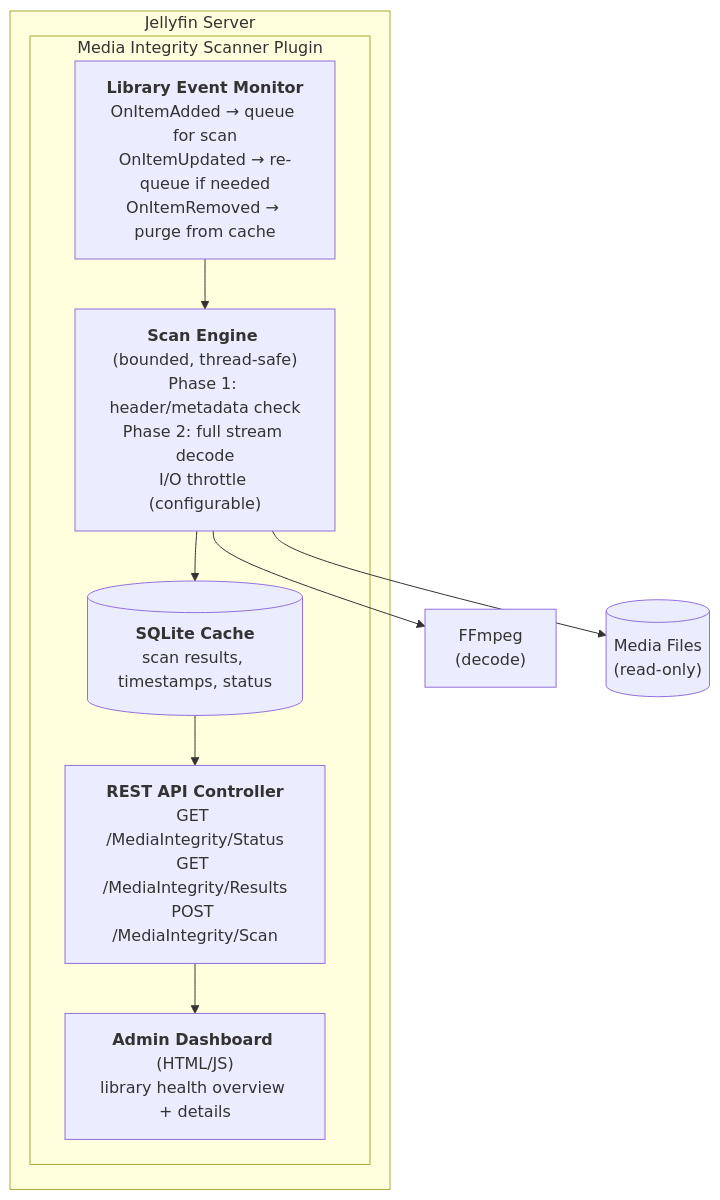
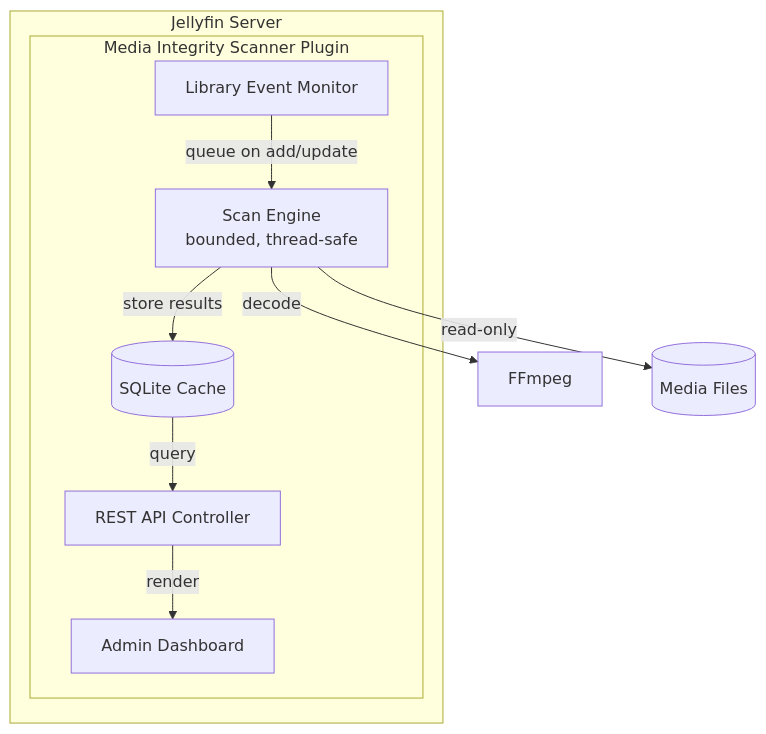
The diagram in _posts/2026-08-03-jellyfin-media-integrity-scanner-introduction.md (mcgarrah/mcgarrah.github.io), drawn with Mermaid before and after one commit.

Commit message:
fix: stop mermaid node text overflowing its box in the intro article
Bold HTML tags inside flowchart node labels are a known Mermaid trigger
for the box being sized from the label's pre-bold bounding box, so the
rendered bold text overflows it regardless of viewport width. Drop the
<b> tags, cut each node back to a short one-line label, and move the
prior sub-bullet detail (event names, scan phases, endpoints) onto the
edges instead — that level of detail already gets covered in depth by
articles 3 and 4.

````diff
--- a/_posts/2026-08-03-jellyfin-media-integrity-scanner-introduction.md
+++ b/_posts/2026-08-03-jellyfin-media-integrity-scanner-introduction.md
@@ -97,20 +97,20 @@
 ```mermaid
 flowchart TD
     subgraph JF["Jellyfin Server"]
         subgraph Plugin["Media Integrity Scanner Plugin"]
-            LEM["<b>Library Event Monitor</b><br/>OnItemAdded → queue for scan<br/>OnItemUpdated → re-queue if needed<br/>OnItemRemoved → purge from cache"]
-            SE["<b>Scan Engine</b> (bounded, thread-safe)<br/>Phase 1: header/metadata check<br/>Phase 2: full stream decode<br/>I/O throttle (configurable)"]
-            DB[("<b>SQLite Cache</b><br/>scan results, timestamps, status")]
-            API["<b>REST API Controller</b><br/>GET /MediaIntegrity/Status<br/>GET /MediaIntegrity/Results<br/>POST /MediaIntegrity/Scan"]
-            UI["<b>Admin Dashboard</b> (HTML/JS)<br/>library health overview + details"]
+            LEM["Library Event Monitor"]
+            SE["Scan Engine<br/>bounded, thread-safe"]
+            DB[("SQLite Cache")]
+            API["REST API Controller"]
+            UI["Admin Dashboard"]
 
-            LEM --> SE
-            SE --> DB
-            DB --> API
-            API --> UI
+            LEM -- "queue on add/update" --> SE
+            SE -- "store results" --> DB
+            DB -- "query" --> API
+            API -- "render" --> UI
         end
     end
 
-    SE --> FFmpeg["FFmpeg<br/>(decode)"]
-    SE --> Media[("Media Files<br/>(read-only)")]
+    SE -- "decode" --> FFmpeg["FFmpeg"]
+    SE -- "read-only" --> Media[("Media Files")]
 ```
````
